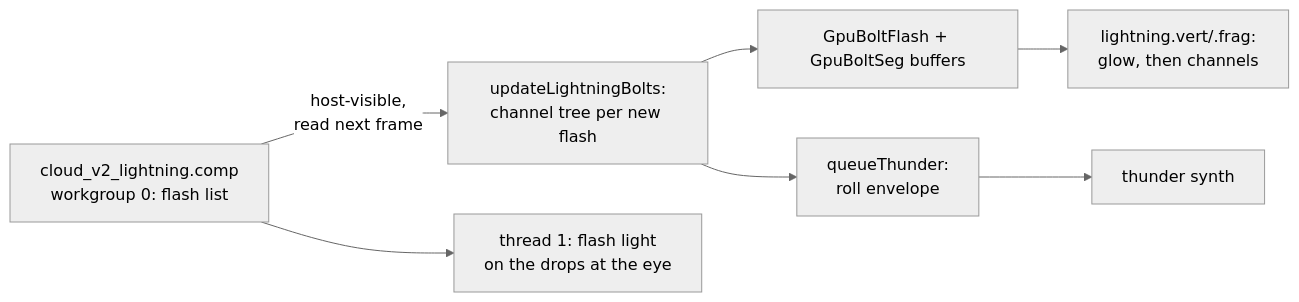
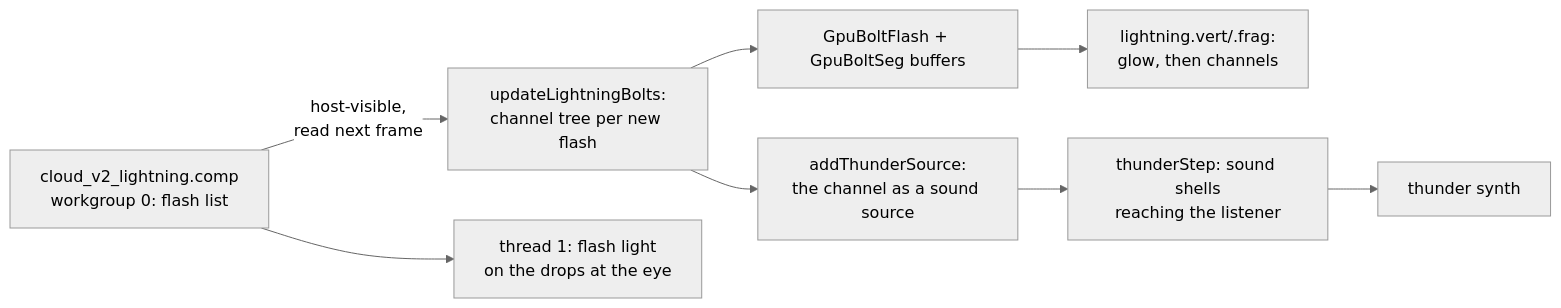
One commit to largepizza/SAT_LIGHT_SIM changed the second of 2 diagrams in wiki/rendering/clouds/weather.md. Above: the diagram before and after it, drawn with Mermaid (neutral theme). The commit also changed other lines of this file and 104 other files, not shown here.

````diff
--- a/wiki/rendering/clouds/weather.md
+++ b/wiki/rendering/clouds/weather.md
@@ -213,9 +218,10 @@
 ```mermaid
 flowchart LR
   LP[cloud_v2_lightning.comp<br/>workgroup 0: flash list] -->|host-visible,<br/>read next frame| UB[updateLightningBolts:<br/>channel tree per new flash]
   UB --> GPU[GpuBoltFlash + GpuBoltSeg buffers]
-  UB --> QT[queueThunder:<br/>roll envelope]
+  UB --> TS[addThunderSource:<br/>the channel as a sound source]
   GPU --> DR[lightning.vert/.frag:<br/>glow, then channels]
-  QT --> SY[thunder synth]
+  TS --> ST[thunderStep: sound shells<br/>reaching the listener]
+  ST --> SY[thunder synth]
   LP --> RA[thread 1: flash light<br/>on the drops at the eye]
 ```
````
